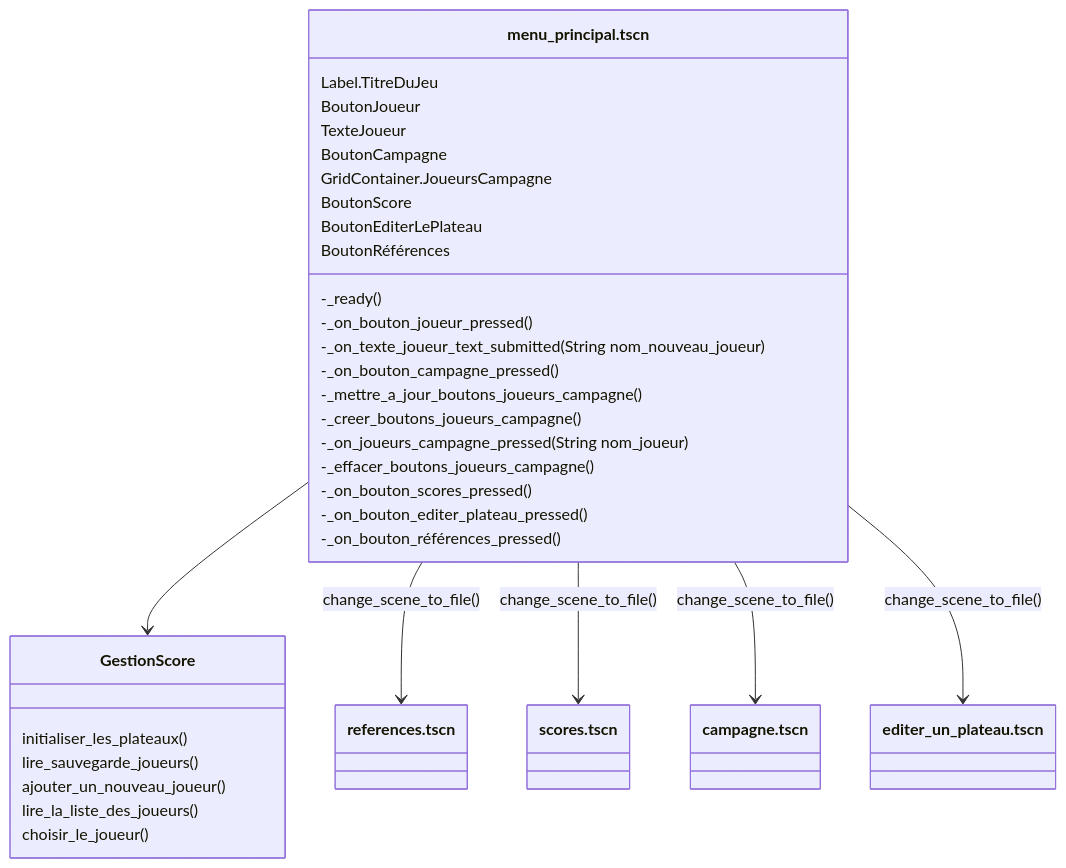
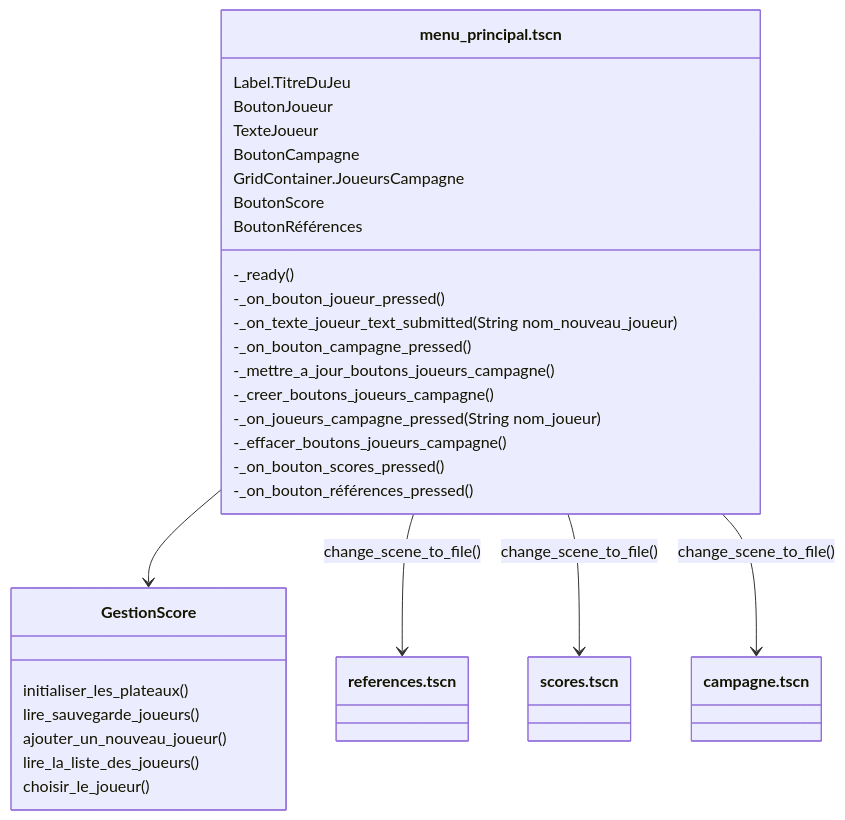
One commit to leguims/godot-color-sort-for-anna changed the diagram in docs/MenuPrincipal.md. Above: the diagram before and after it, drawn with Mermaid. The commit also changed 3 other files, not shown here.

````diff
--- a/docs/MenuPrincipal.md
+++ b/docs/MenuPrincipal.md
@@ -9,40 +9,35 @@
 ```mermaid
 classDiagram
 class menu_principal.tscn {
     Label.TitreDuJeu
     BoutonJoueur
     TexteJoueur
     BoutonCampagne
     GridContainer.JoueursCampagne
     BoutonScore
-    BoutonEditerLePlateau
     BoutonRéférences
     -_ready()
     -_on_bouton_joueur_pressed()
     -_on_texte_joueur_text_submitted(String nom_nouveau_joueur)
     -_on_bouton_campagne_pressed()
     -_mettre_a_jour_boutons_joueurs_campagne()
     -_creer_boutons_joueurs_campagne()
     -_on_joueurs_campagne_pressed(String nom_joueur)
     -_effacer_boutons_joueurs_campagne()
     -_on_bouton_scores_pressed()
-    -_on_bouton_editer_plateau_pressed()
     -_on_bouton_références_pressed()
 }
 
 menu_principal.tscn --> GestionScore
 menu_principal.tscn --> references.tscn : change_scene_to_file()
 menu_principal.tscn --> scores.tscn : change_scene_to_file()
 menu_principal.tscn --> campagne.tscn : change_scene_to_file()
-menu_principal.tscn --> editer_un_plateau.tscn : change_scene_to_file()
 
 class GestionScore {
     initialiser_les_plateaux()
     lire_sauvegarde_joueurs()
     ajouter_un_nouveau_joueur()
     lire_la_liste_des_joueurs()
     choisir_le_joueur()
 }
-
-link editer_un_plateau.tscn "EditerUnPlateau.md"
 ```
````
